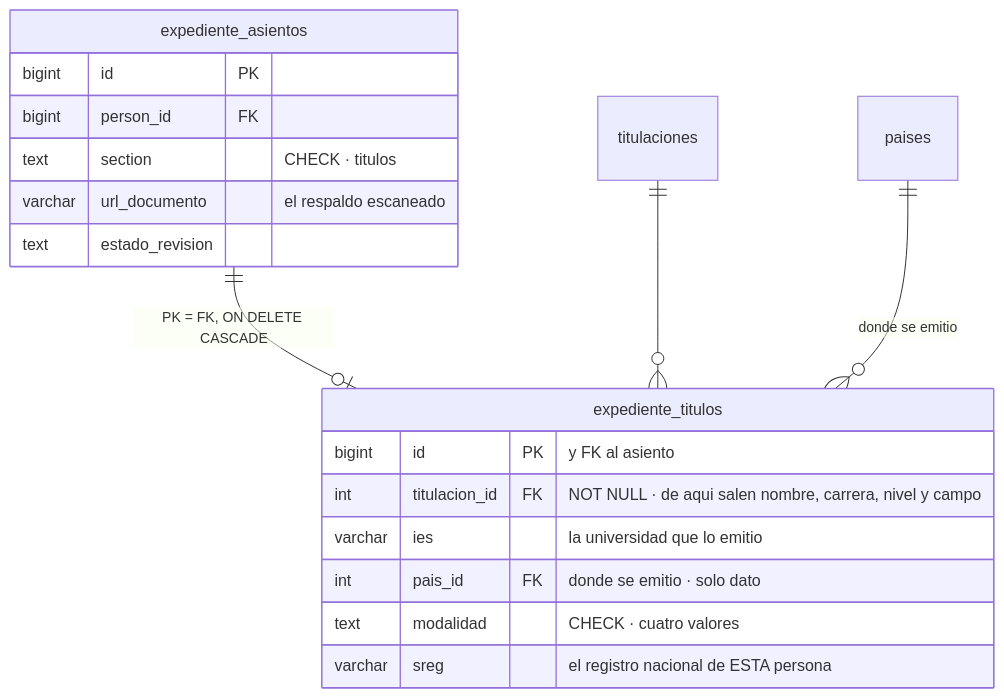
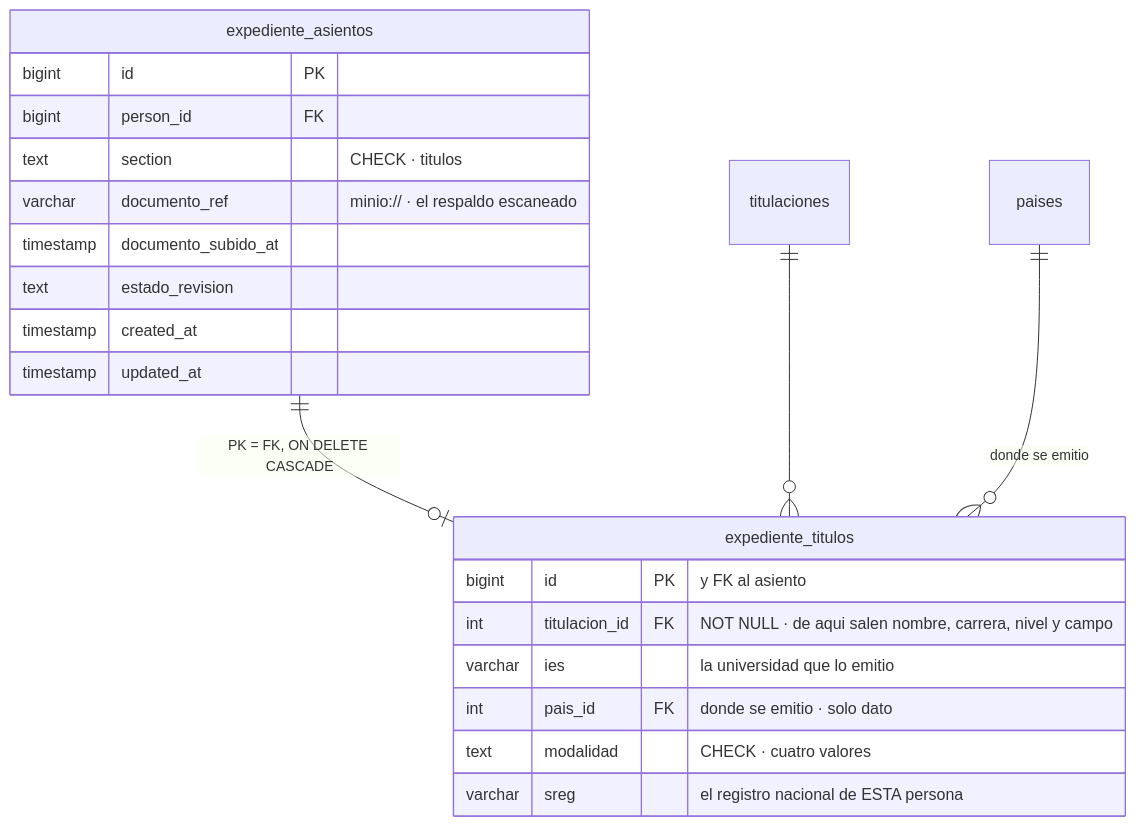
One commit to fresvel/deasy changed the sixth of 8 diagrams in docs/src/content/docs/complemento/expediente.md. Above: the diagram before and after it, drawn with Mermaid. The commit also changed other lines of this file and 4 other files, not shown here.

First line of the commit message:
docs(expediente): arregla los diagramas incoherentes, y pone la puerta que faltaba

````diff
--- a/docs/src/content/docs/complemento/expediente.md
+++ b/docs/src/content/docs/complemento/expediente.md
@@ -424,23 +424,26 @@
 ```mermaid
 erDiagram
   expediente_asientos ||--o| expediente_titulos : "PK = FK, ON DELETE CASCADE"
   titulaciones ||--o{ expediente_titulos : ""
   paises ||--o{ expediente_titulos : "donde se emitio"
 
   expediente_asientos {
     bigint id PK
     bigint person_id FK
     text section "CHECK · titulos"
-    varchar url_documento "el respaldo escaneado"
+    varchar documento_ref "minio:// · el respaldo escaneado"
+    timestamp documento_subido_at
     text estado_revision
+    timestamp created_at
+    timestamp updated_at
   }
 
   expediente_titulos {
     bigint id PK "y FK al asiento"
     int titulacion_id FK "NOT NULL · de aqui salen nombre, carrera, nivel y campo"
     varchar ies "la universidad que lo emitio"
     int pais_id FK "donde se emitio · solo dato"
     text modalidad "CHECK · cuatro valores"
     varchar sreg "el registro nacional de ESTA persona"
   }
 ```
````
